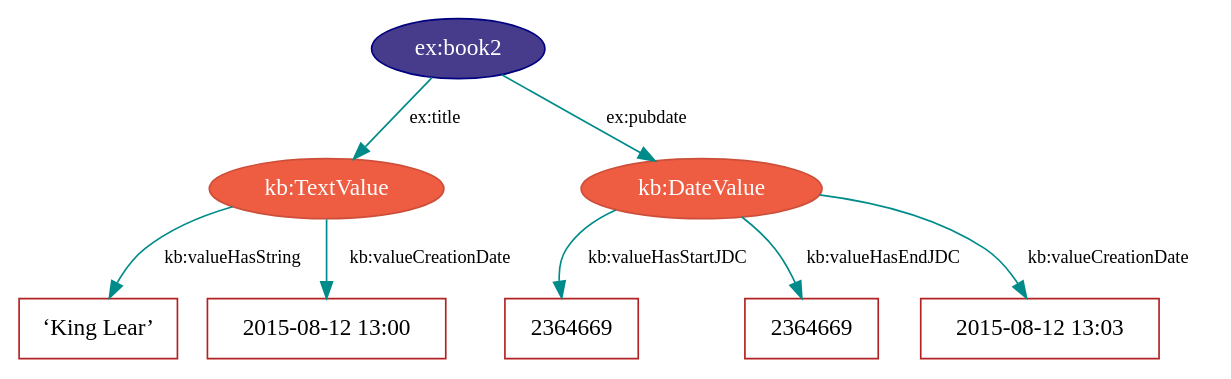
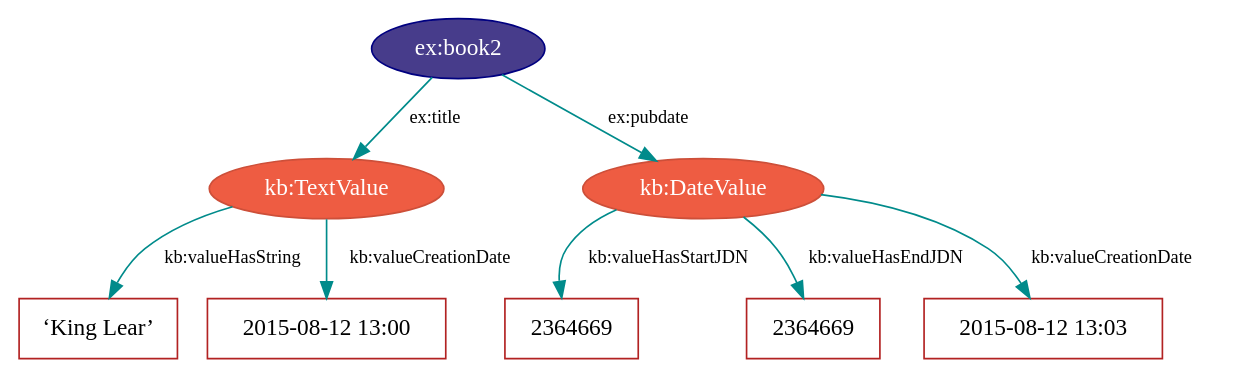
Before and after one commit to dasch-swiss/dsp-api: the fourth of 6 diagrams in docs/rst/knora-ontologies/knora-base.rst, drawn with Graphviz. The commit also changed other lines of this file and 24 other files, not shown here.

```diff
--- a/docs/rst/knora-ontologies/knora-base.rst
+++ b/docs/rst/knora-ontologies/knora-base.rst
@@ -158,35 +158,35 @@
 .. graphviz::
 
    digraph {
        book [label = "ex:book2", style = filled, fontcolor = white, color = navy, fillcolor = slateblue4]
 
        {
            node [style = filled, fontcolor = white, color = tomato3, fillcolor = tomato2]
 
            title [label = "kb:TextValue"]
            pubdate [label = "kb:DateValue"]
        }
 
        {
            node [shape = box, color = firebrick]
 
            titleStr [label = "‘King Lear’"]
            titleCreationDate [label = "2015-08-12 13:00"]
 
-           startJDC [label = "2364669"]
-           endJDC [label = "2364669"]
+           startJDN [label = "2364669"]
+           endJDN [label = "2364669"]
            pubdateCreationDate [label = "2015-08-12 13:03"]
        }
 
        edge [fontsize = 11, color = cyan4]
 
        book -> title [label = "ex:title"]
        book -> pubdate [label = "ex:pubdate"]
 
        title -> titleStr [label = "kb:valueHasString"]
        title -> titleCreationDate [label = "kb:valueCreationDate"]
 
-       pubdate -> startJDC [label = "kb:valueHasStartJDC"]
-       pubdate -> endJDC [label = "kb:valueHasEndJDC"]
+       pubdate -> startJDN [label = "kb:valueHasStartJDN"]
+       pubdate -> endJDN [label = "kb:valueHasEndJDN"]
        pubdate -> pubdateCreationDate [label = "kb:valueCreationDate"]
     }
```
